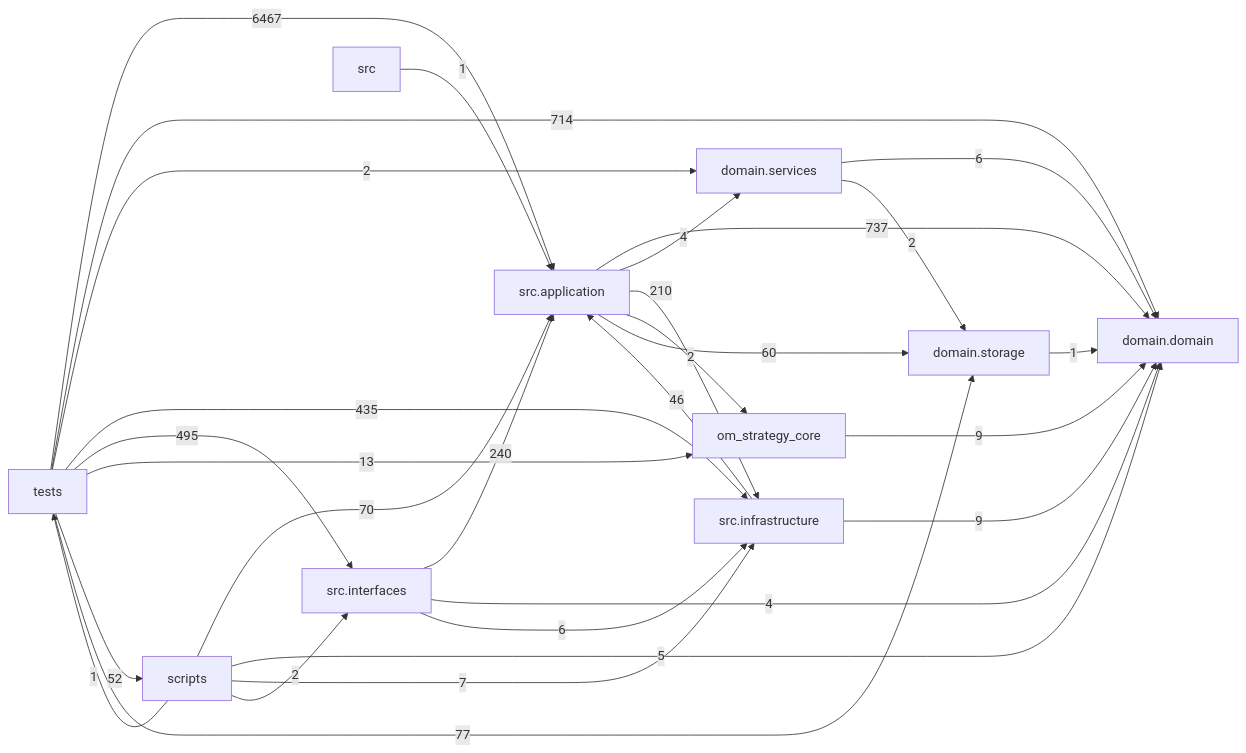
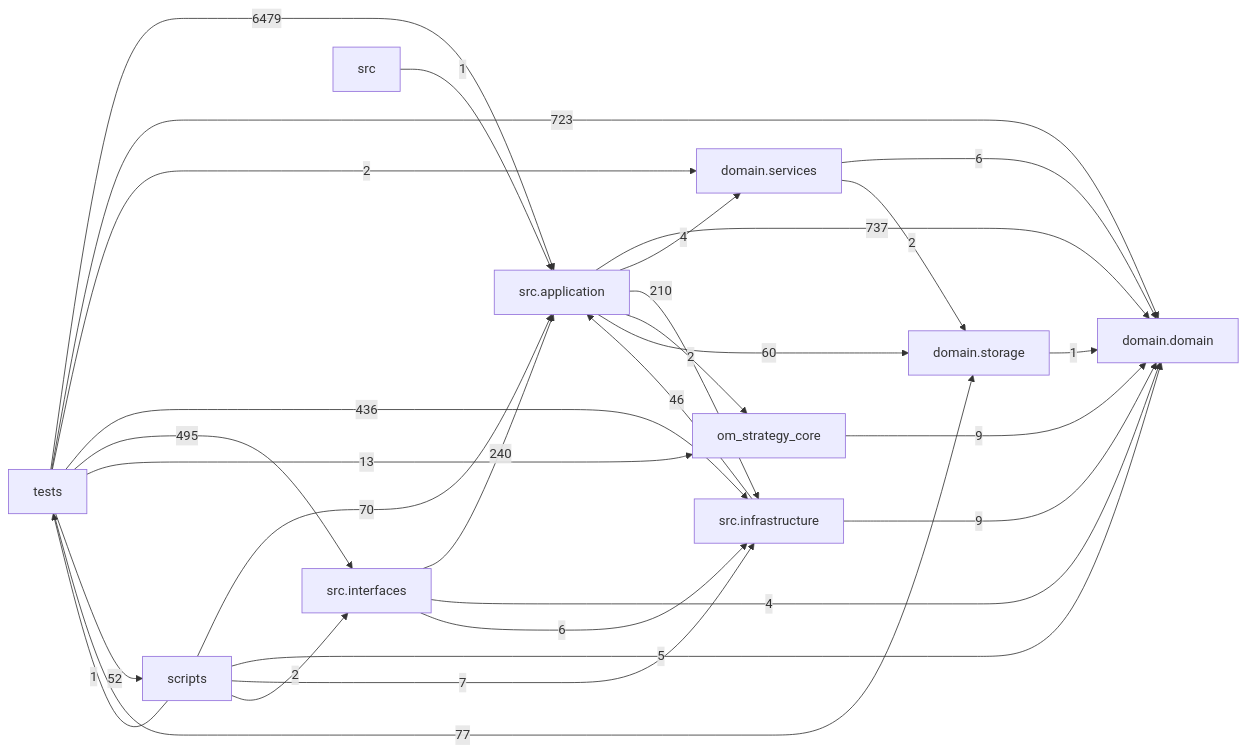
One commit to liuxie066/options-monitor changed the diagram in docs/DEPENDENCY_GRAPH.md. Above: the diagram before and after it, drawn with Mermaid. The commit also changed other lines of this file and 23 other files, not shown here.

````diff
--- a/docs/DEPENDENCY_GRAPH.md
+++ b/docs/DEPENDENCY_GRAPH.md
@@ -24,39 +24,39 @@
 ```mermaid
 flowchart LR
   tests["tests"]
   scripts["scripts"]
   interfaces["src.interfaces"]
   application["src.application"]
   infrastructure["src.infrastructure"]
   domain_services["domain.services"]
   domain["domain.domain"]
   storage["domain.storage"]
   application -->|737| domain
   application -->|4| domain_services
   application -->|210| infrastructure
   application -->|2| om_strategy_core
   application -->|60| storage
   domain_services -->|6| domain
   domain_services -->|2| storage
   infrastructure -->|46| application
   infrastructure -->|9| domain
   interfaces -->|240| application
   interfaces -->|4| domain
   interfaces -->|6| infrastructure
   om_strategy_core -->|9| domain
   scripts -->|70| application
   scripts -->|5| domain
   scripts -->|7| infrastructure
   scripts -->|2| interfaces
   scripts -->|1| tests
   src -->|1| application
   storage -->|1| domain
-  tests -->|6467| application
-  tests -->|714| domain
+  tests -->|6479| application
+  tests -->|723| domain
   tests -->|2| domain_services
-  tests -->|435| infrastructure
+  tests -->|436| infrastructure
   tests -->|495| interfaces
   tests -->|13| om_strategy_core
   tests -->|52| scripts
   tests -->|77| storage
 ```
````
